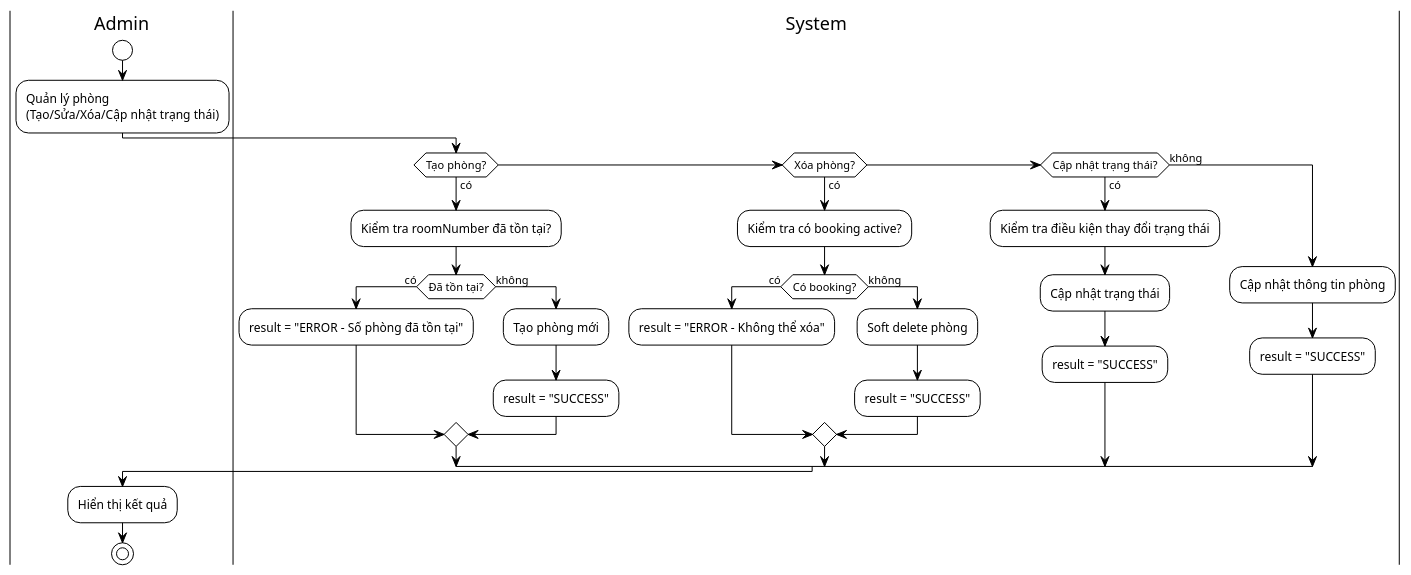
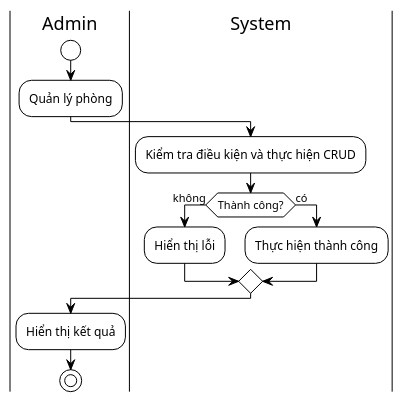
One commit to AnthanBiPhap/Khachsan changed the diagram in Phân tích hệ thống/Sơ đồ hoạt động/ACTIVITY_DIAGRAM_ROOM_ADMIN.puml. Above: the diagram before and after it, drawn with PlantUML. The commit also changed 65 other files, not shown here.

```diff
--- a/Phân tích hệ thống/Sơ đồ hoạt động/ACTIVITY_DIAGRAM_ROOM_ADMIN.puml
+++ b/Phân tích hệ thống/Sơ đồ hoạt động/ACTIVITY_DIAGRAM_ROOM_ADMIN.puml
@@ -1,38 +1,20 @@
 @startuml Activity_Room_Admin
 !theme plain
 
 |Admin|
 start
-:Quản lý phòng\n(Tạo/Sửa/Xóa/Cập nhật trạng thái);
+:Quản lý phòng;
 
 |System|
-if (Tạo phòng?) then (có)
-    :Kiểm tra roomNumber đã tồn tại?;
-    if (Đã tồn tại?) then (có)
-        :result = "ERROR - Số phòng đã tồn tại";
-    else (không)
-        :Tạo phòng mới;
-        :result = "SUCCESS";
-    endif
-elseif (Xóa phòng?) then (có)
-    :Kiểm tra có booking active?;
-    if (Có booking?) then (có)
-        :result = "ERROR - Không thể xóa";
-    else (không)
-        :Soft delete phòng;
-        :result = "SUCCESS";
-    endif
-elseif (Cập nhật trạng thái?) then (có)
-    :Kiểm tra điều kiện thay đổi trạng thái;
-    :Cập nhật trạng thái;
-    :result = "SUCCESS";
-else (không)
-    :Cập nhật thông tin phòng;
-    :result = "SUCCESS";
+:Kiểm tra điều kiện và thực hiện CRUD;
+if (Thành công?) then (không)
+    :Hiển thị lỗi;
+else (có)
+    :Thực hiện thành công;
 endif
 
 |Admin|
 :Hiển thị kết quả;
 stop
 
 @enduml
```
